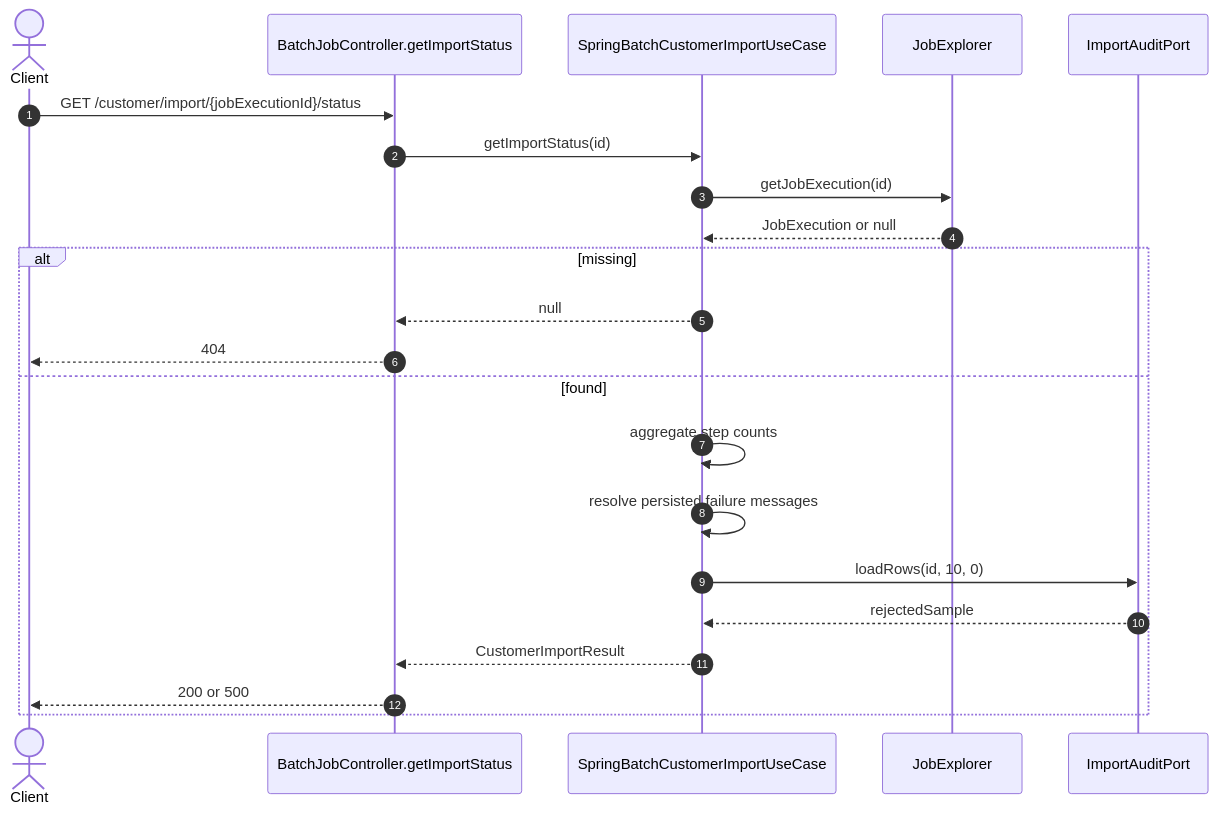
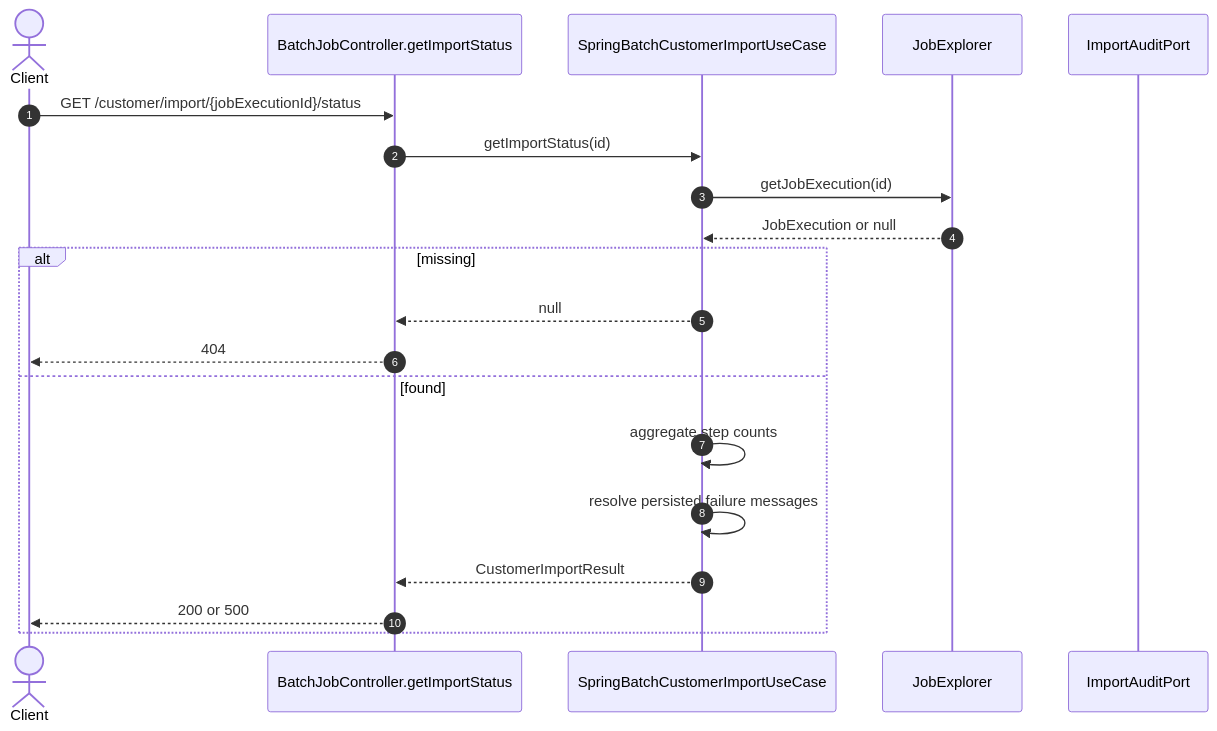
One commit to My-R360/spring-batch-demo changed the fifth of 9 diagrams in slidev/slides-phase2-flows.md. Above: the diagram before and after it, drawn with Mermaid. The commit also changed 31 other files, not shown here.

````diff
--- a/slidev/slides-phase2-flows.md
+++ b/slidev/slides-phase2-flows.md
@@ -141,25 +141,23 @@
 ```mermaid
 sequenceDiagram
 autonumber
 actor Client
 participant API as BatchJobController.getImportStatus
 participant UC as SpringBatchCustomerImportUseCase
 participant JE as JobExplorer
 participant Audit as ImportAuditPort
 
 Client->>API: GET /customer/import/{jobExecutionId}/status
 API->>UC: getImportStatus(id)
 UC->>JE: getJobExecution(id)
 JE-->>UC: JobExecution or null
 alt missing
   UC-->>API: null
   API-->>Client: 404
 else found
   UC->>UC: aggregate step counts
   UC->>UC: resolve persisted failure messages
-  UC->>Audit: loadRows(id, 10, 0)
-  Audit-->>UC: rejectedSample
   UC-->>API: CustomerImportResult
   API-->>Client: 200 or 500
 end
 ```
````
